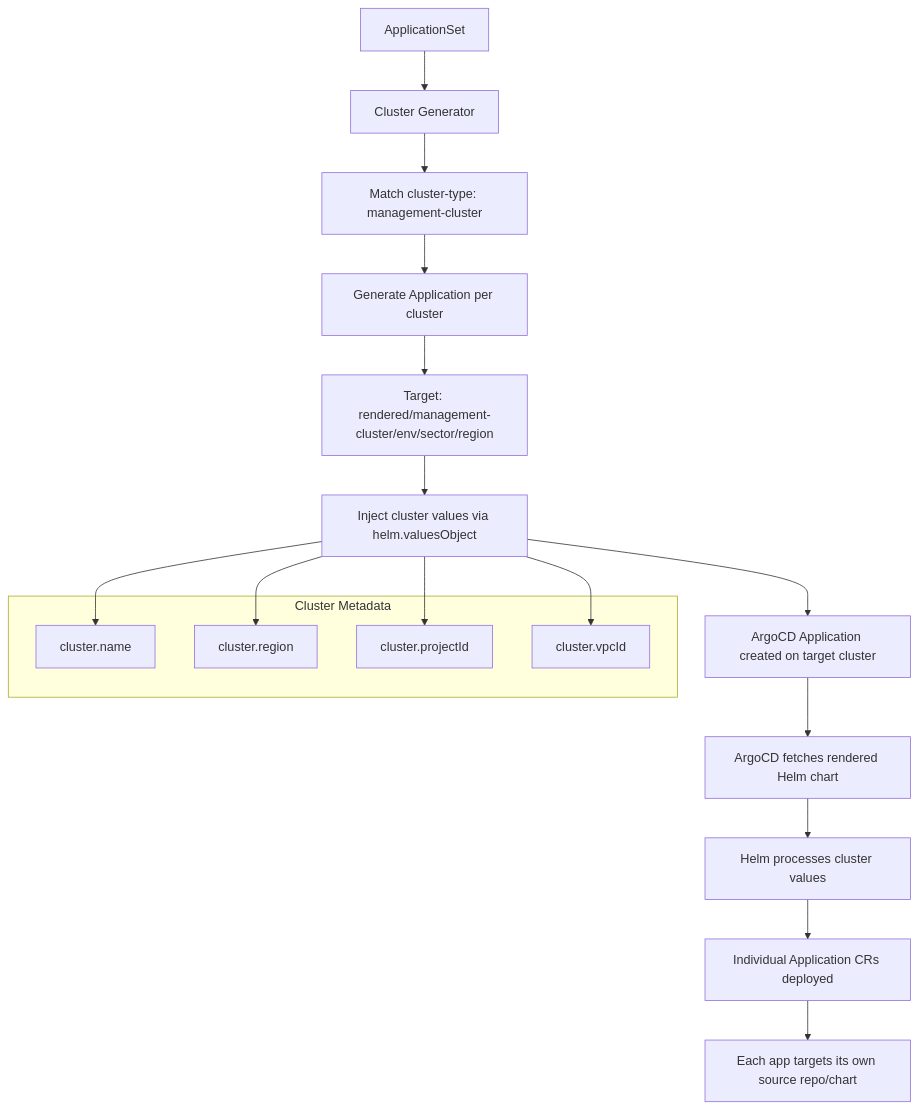
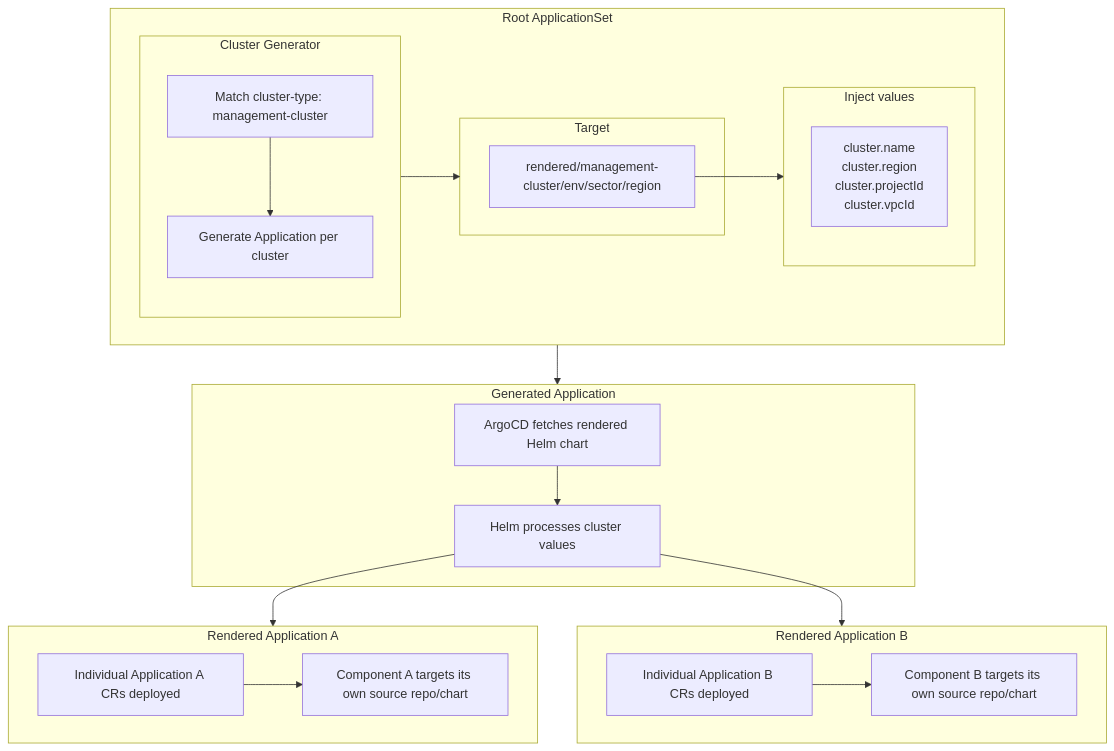
Before and after one commit to patjlm/gcp-hcp-apps: the first of 2 diagrams in README.md, drawn with Mermaid. The commit also changed other lines of this file, not shown here.

Commit message:
improve mermaid chart

````diff
--- a/README.md
+++ b/README.md
@@ -16,25 +16,35 @@
 ```mermaid
 graph TD
-    A[ApplicationSet] --> B[Cluster Generator]
-    B --> C["Match cluster-type: management-cluster"]
-    C --> D[Generate Application per cluster]
-    D --> E["Target: rendered/management-cluster/env/sector/region"]
-    E --> F[Inject cluster values via helm.valuesObject]
-    F --> G[ArgoCD Application created on target cluster]
-    G --> H[ArgoCD fetches rendered Helm chart]
-    H --> I[Helm processes cluster values]
-    I --> J[Individual Application CRs deployed]
-    J --> K[Each app targets its own source repo/chart]
-
-    subgraph "Cluster Metadata"
-        L[cluster.name]
-        M[cluster.region]
-        N[cluster.projectId]
-        O[cluster.vpcId]
+    subgraph RootApplicationSet ["Root ApplicationSet"]
+        subgraph Generator [Cluster Generator]
+          C["Match cluster-type: management-cluster"]
+          C --> D[Generate Application per cluster]
+        end
+        subgraph Target [Target]
+          Rendered["rendered/management-cluster/env/sector/region"]
+        end
+        Generator --> Target
+        subgraph Inject [Inject values]
+          InjectedValues["cluster.name<br>cluster.region<br>cluster.projectId<br>cluster.vpcId"]
+        end
+        Rendered --> Inject
     end
 
-    F --> L
-    F --> M
-    F --> N
-    F --> O
+    subgraph ClusterApplication ["Generated Application"]
+      H[ArgoCD fetches rendered Helm chart] --> I[Helm processes cluster values]
+    end
+
+    RootApplicationSet --> ClusterApplication
+
+    subgraph ComponentApplicationA ["Rendered Application A"]
+      J[Individual Application A CRs deployed]
+      J --> K[Component A targets its own source repo/chart]
+    end
+    I --> ComponentApplicationA
+
+    subgraph ComponentApplicationB ["Rendered Application B"]
+      L[Individual Application B CRs deployed]
+      L --> M[Component B targets its own source repo/chart]
+    end
+    I --> ComponentApplicationB
 ```
````
